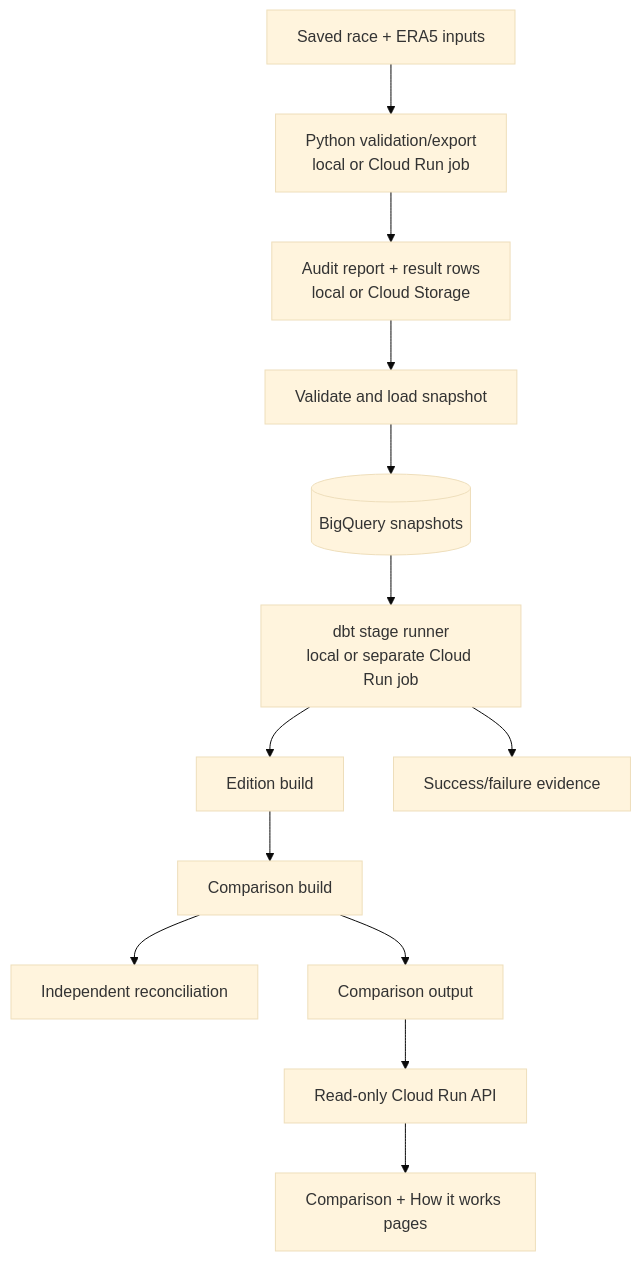
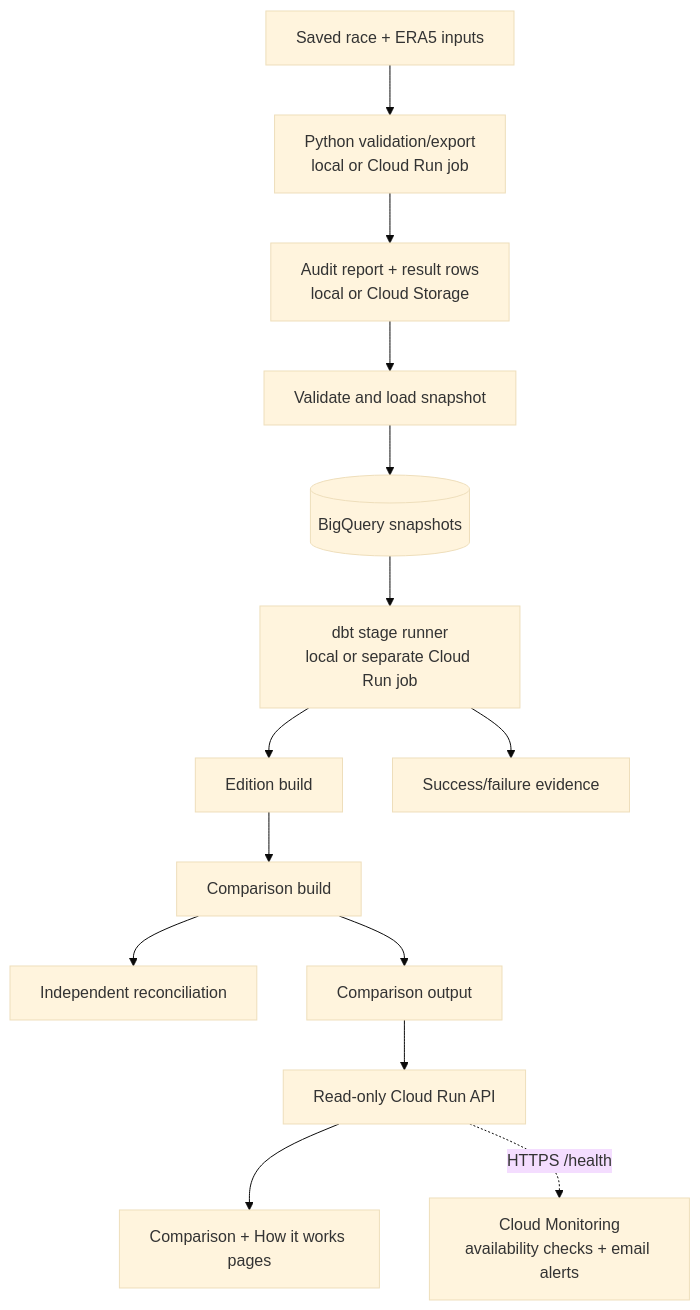
Before and after one commit to mifuha/runwx: the diagram in README.md, drawn with Mermaid (base theme). The commit also changed other lines of this file and 5 other files, not shown here.

Commit message:
docs: explain verified API monitoring and alert recovery (#58)

````diff
--- a/README.md
+++ b/README.md
@@ -50,15 +50,16 @@
 ```mermaid
 flowchart TD
     inputs["Saved race + ERA5 inputs"] --> export["Python validation/export<br/>local or Cloud Run job"]
     export --> artifacts["Audit report + result rows<br/>local or Cloud Storage"]
     artifacts --> loader["Validate and load snapshot"]
     loader --> snapshots[("BigQuery snapshots")]
     snapshots --> runner["dbt stage runner<br/>local or separate Cloud Run job"]
     runner --> edition["Edition build"]
     edition --> comparison["Comparison build"]
     comparison --> reconciliation["Independent reconciliation"]
     comparison --> output["Comparison output"]
     output --> api["Read-only Cloud Run API"]
     api --> page["Comparison + How it works pages"]
     runner --> evidence["Success/failure evidence"]
+    api -. "HTTPS /health" .-> monitoring["Cloud Monitoring<br/>availability checks + email alerts"]
 ```
````
